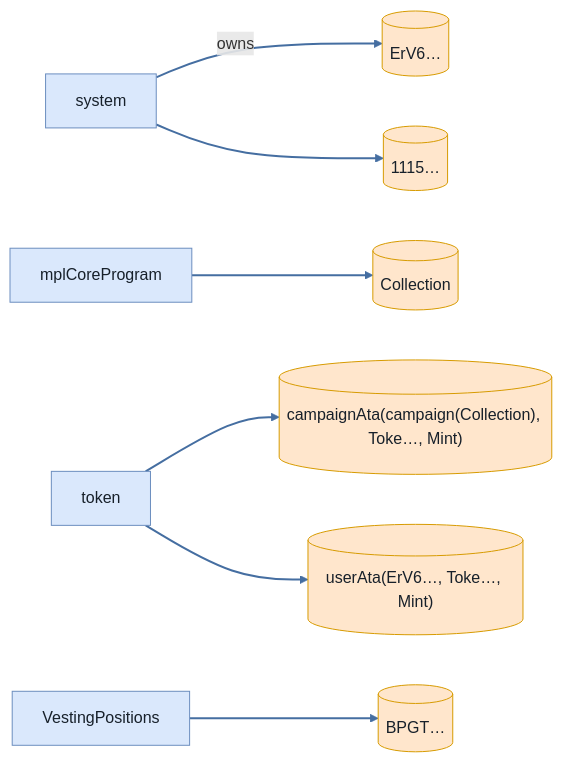
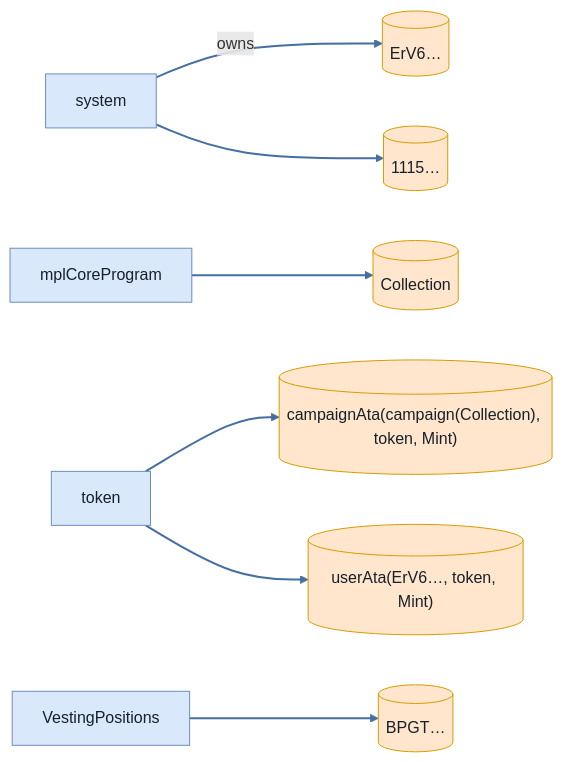
One commit to cds-turbin3/vesting-position changed the sixth of 6 diagrams in babelfish-tests/test-report/scenario_8_wrong_asset_subsequent_claim_fails.md. Above: the diagram before and after it, drawn with Mermaid. The commit also changed other lines of this file and 104 other files, not shown here.

````diff
--- a/babelfish-tests/test-report/scenario_8_wrong_asset_subsequent_claim_fails.md
+++ b/babelfish-tests/test-report/scenario_8_wrong_asset_subsequent_claim_fails.md
@@ -280,23 +280,23 @@
 ```mermaid
 flowchart LR
     system["system"]:::program
     ErV6[("ErV6…")]:::state
     mplCoreProgram["mplCoreProgram"]:::program
     Collection[("Collection")]:::state
     token["token"]:::program
-    campaignAtacampaignCollectionTokeMint[("campaignAta(campaign(Collection), Toke…, Mint)")]:::state
-    userAtaErV6TokeMint[("userAta(ErV6…, Toke…, Mint)")]:::state
+    campaignAtacampaignCollectiontokenMint[("campaignAta(campaign(Collection), token, Mint)")]:::state
+    userAtaErV6tokenMint[("userAta(ErV6…, token, Mint)")]:::state
     n1115[("1115…")]:::state
     VestingPositions["VestingPositions"]:::program
     BPGT[("BPGT…")]:::state
     system -->|owns| ErV6
     mplCoreProgram --> Collection
-    token --> campaignAtacampaignCollectionTokeMint
-    token --> userAtaErV6TokeMint
+    token --> campaignAtacampaignCollectiontokenMint
+    token --> userAtaErV6tokenMint
     system --> n1115
     VestingPositions --> BPGT
     classDef program fill:#dae8fc,stroke:#6c8ebf,color:#17202a;
     classDef signer fill:#d5e8d4,stroke:#82b366,color:#17202a;
     classDef state fill:#ffe6cc,stroke:#d79b00,color:#17202a;
     linkStyle 0,1,2,3,4,5 stroke:#456ea1,stroke-width:2px
 ```
````
